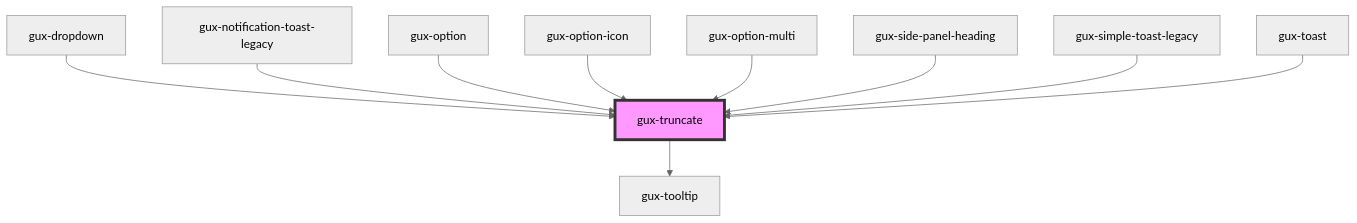
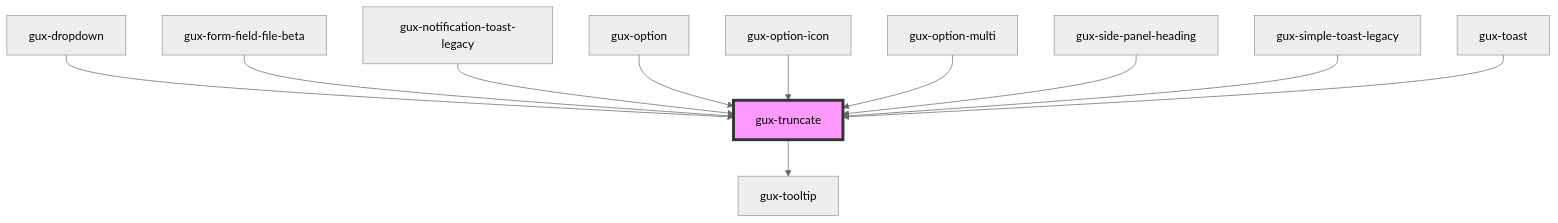
One commit to MyPureCloud/genesys-spark changed the diagram in packages/genesys-spark-components/src/components/stable/gux-truncate/readme.md. Above: the diagram before and after it, drawn with Mermaid (neutral theme). The commit also changed other lines of this file and 14 other files, not shown here.

First line of the commit message:
feat(form-field-file-beta): added new component

````diff
--- a/packages/genesys-spark-components/src/components/stable/gux-truncate/readme.md
+++ b/packages/genesys-spark-components/src/components/stable/gux-truncate/readme.md
@@ -63,13 +64,14 @@
 ```mermaid
 graph TD;
   gux-truncate --> gux-tooltip
   gux-dropdown --> gux-truncate
+  gux-form-field-file-beta --> gux-truncate
   gux-notification-toast-legacy --> gux-truncate
   gux-option --> gux-truncate
   gux-option-icon --> gux-truncate
   gux-option-multi --> gux-truncate
   gux-side-panel-heading --> gux-truncate
   gux-simple-toast-legacy --> gux-truncate
   gux-toast --> gux-truncate
   style gux-truncate fill:#f9f,stroke:#333,stroke-width:4px
 ```
````
